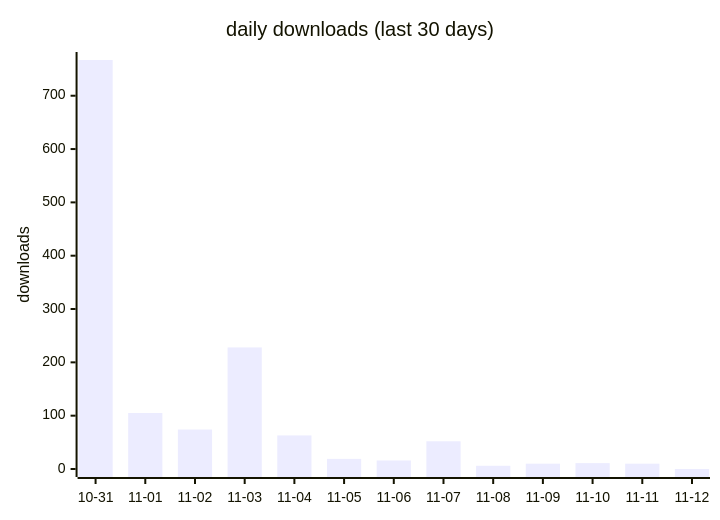
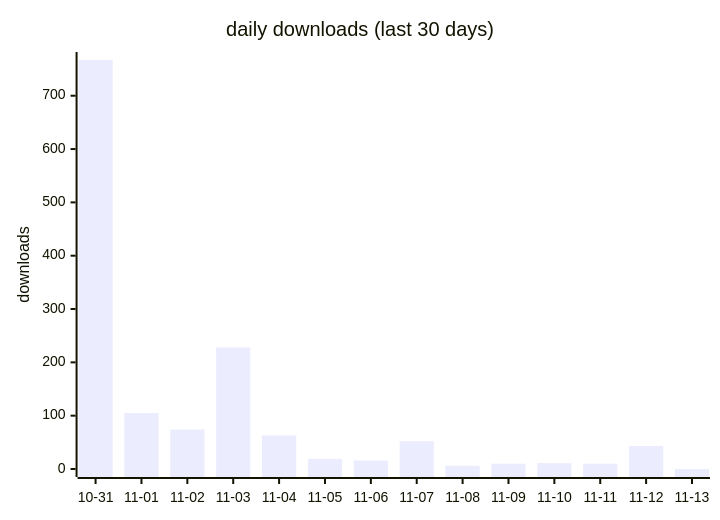
One commit to terry2010/opencode-loop-recover changed the first of 2 diagrams in docs/downloads-2026.md. Above: the diagram before and after it, drawn with Mermaid. The commit also changed other lines of this file and 1 other file, not shown here.

````diff
--- a/docs/downloads-2026.md
+++ b/docs/downloads-2026.md
@@ -19,7 +19,7 @@
 ```mermaid
 xychart-beta
     title "daily downloads (last 30 days)"
-    x-axis ["10-31", "11-01", "11-02", "11-03", "11-04", "11-05", "11-06", "11-07", "11-08", "11-09", "11-10", "11-11", "11-12"]
+    x-axis ["10-31", "11-01", "11-02", "11-03", "11-04", "11-05", "11-06", "11-07", "11-08", "11-09", "11-10", "11-11", "11-12", "11-13"]
     y-axis "downloads" 0 --> 767
-    bar [767, 105, 74, 228, 63, 19, 16, 52, 6, 10, 11, 10, 0]
+    bar [767, 105, 74, 228, 63, 19, 16, 52, 6, 10, 11, 10, 43, 0]
 ```
````
